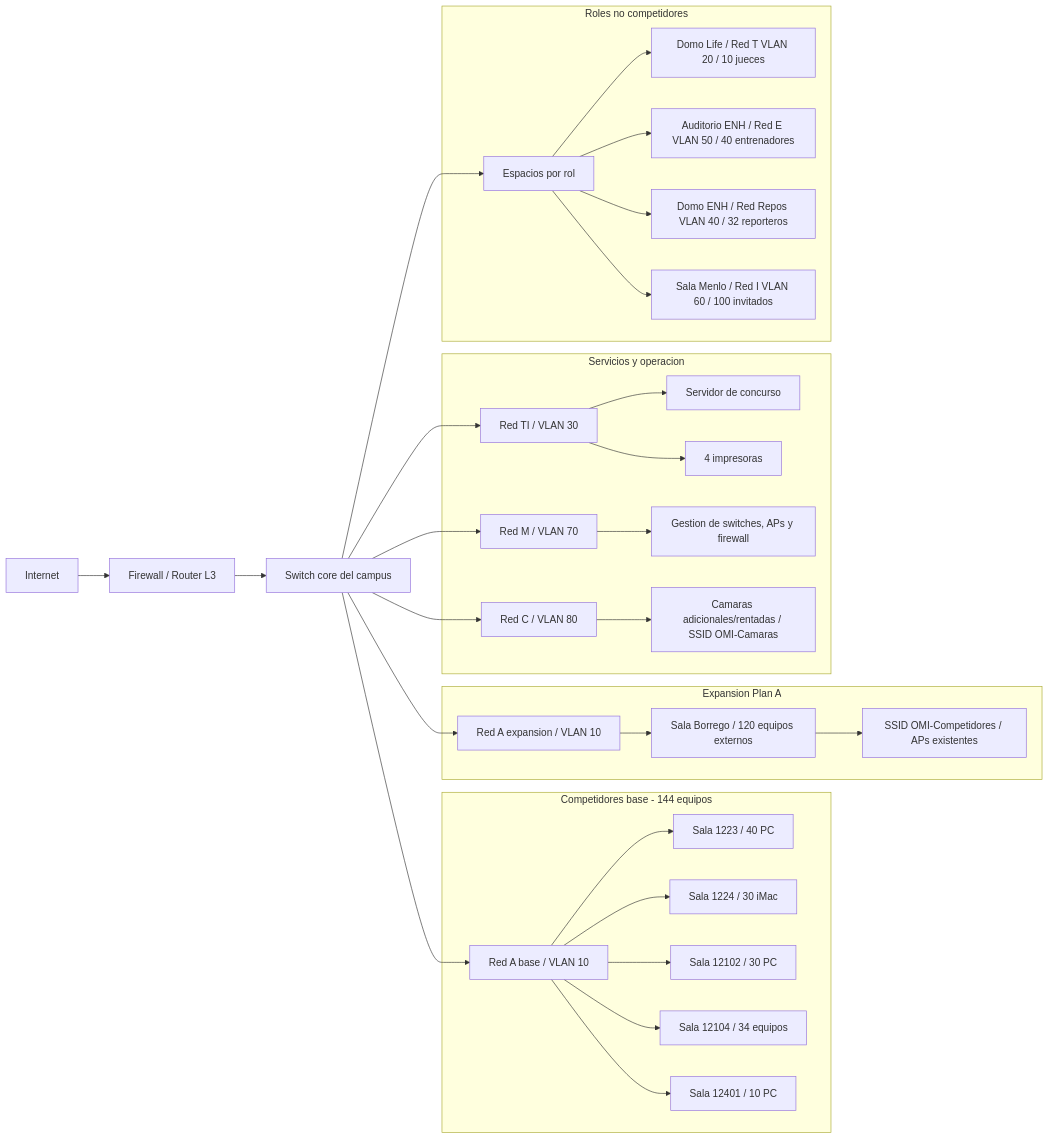
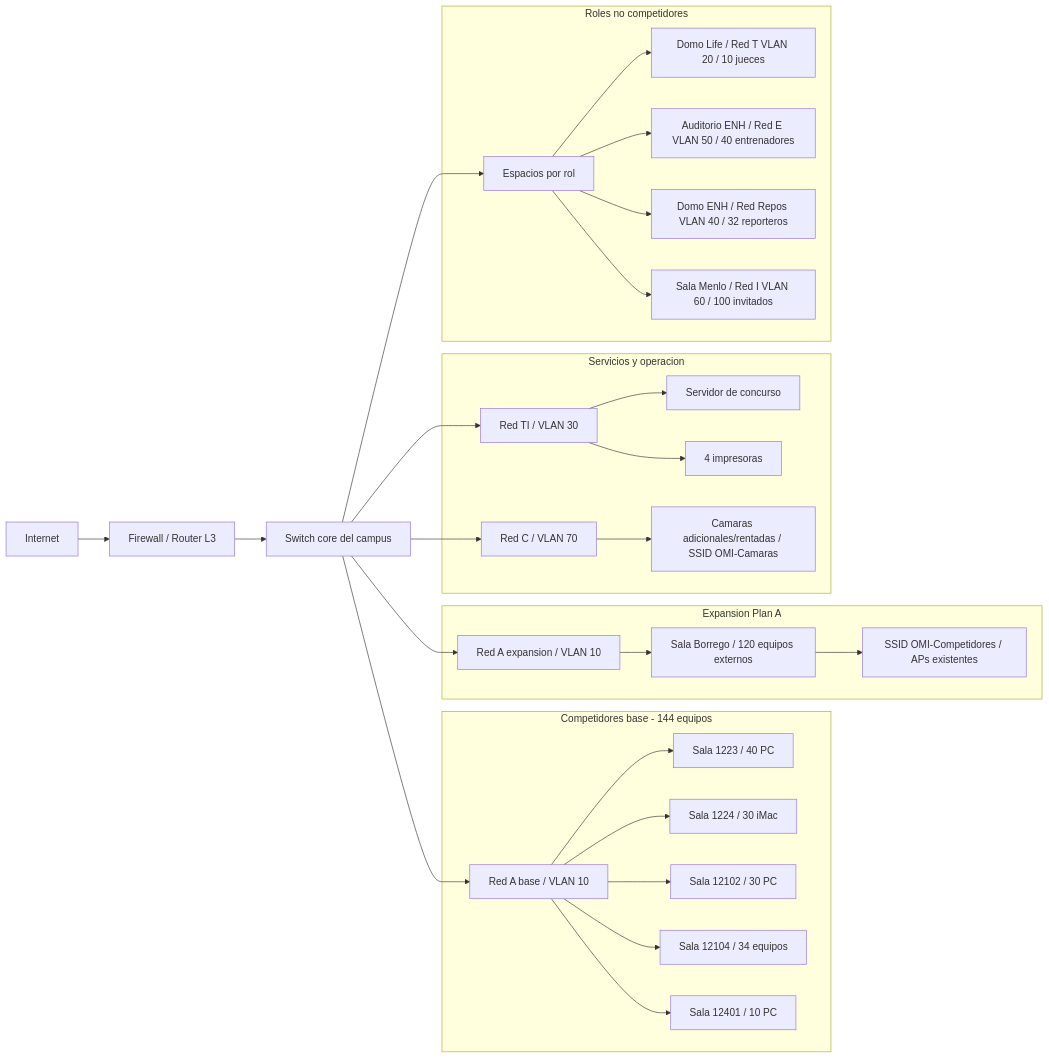
The first of 2 diagrams in docs/entregables/ActReto01-bosquejos-red.md (Alanzphy/networking_project), drawn with Mermaid before and after one commit. The commit also changed other lines of this file and 15 other files, not shown here.

````diff
--- a/docs/entregables/ActReto01-bosquejos-red.md
+++ b/docs/entregables/ActReto01-bosquejos-red.md
@@ -7,47 +7,45 @@
 ```mermaid
 ---
 config:
   theme: default
   layout: dagre
   fontFamily: '''Recursive Variable'', sans-serif'
   themeVariables:
     fontFamily: '''Recursive Variable'', sans-serif'
 ---
 flowchart LR
     internet[Internet] --> firewall[Firewall / Router L3]
     firewall --> core[Switch core del campus]
 
     core --> redABase[Red A base / VLAN 10]
     core --> redAExpansion[Red A expansion / VLAN 10]
     core --> roles[Espacios por rol]
     core --> redTI[Red TI / VLAN 30]
-    core --> redM[Red M / VLAN 70]
-    core --> redC[Red C / VLAN 80]
+    core --> redC[Red C / VLAN 70]
 
     subgraph base["Competidores base - 144 equipos"]
         redABase --> s1223[Sala 1223 / 40 PC]
         redABase --> s1224[Sala 1224 / 30 iMac]
         redABase --> s12102[Sala 12102 / 30 PC]
         redABase --> s12104[Sala 12104 / 34 equipos]
         redABase --> s12401[Sala 12401 / 10 PC]
     end
 
     subgraph expansionA["Expansion Plan A"]
         redAExpansion --> borrego[Sala Borrego / 120 equipos externos]
         borrego --> wifiBorrego[SSID OMI-Competidores / APs existentes]
     end
 
     subgraph servicios["Servicios y operacion"]
         redTI --> servidor[Servidor de concurso]
         redTI --> impresoras[4 impresoras]
-        redM --> gestion[Gestion de switches, APs y firewall]
         redC --> camaras[Camaras adicionales/rentadas / SSID OMI-Camaras]
     end
 
     subgraph espacios["Roles no competidores"]
         roles --> jueces[Domo Life / Red T VLAN 20 / 10 jueces]
         roles --> entrenadores[Auditorio ENH / Red E VLAN 50 / 40 entrenadores]
         roles --> reporteros[Domo ENH / Red Repos VLAN 40 / 32 reporteros]
         roles --> invitados[Sala Menlo / Red I VLAN 60 / 100 invitados]
     end
 ```
````
